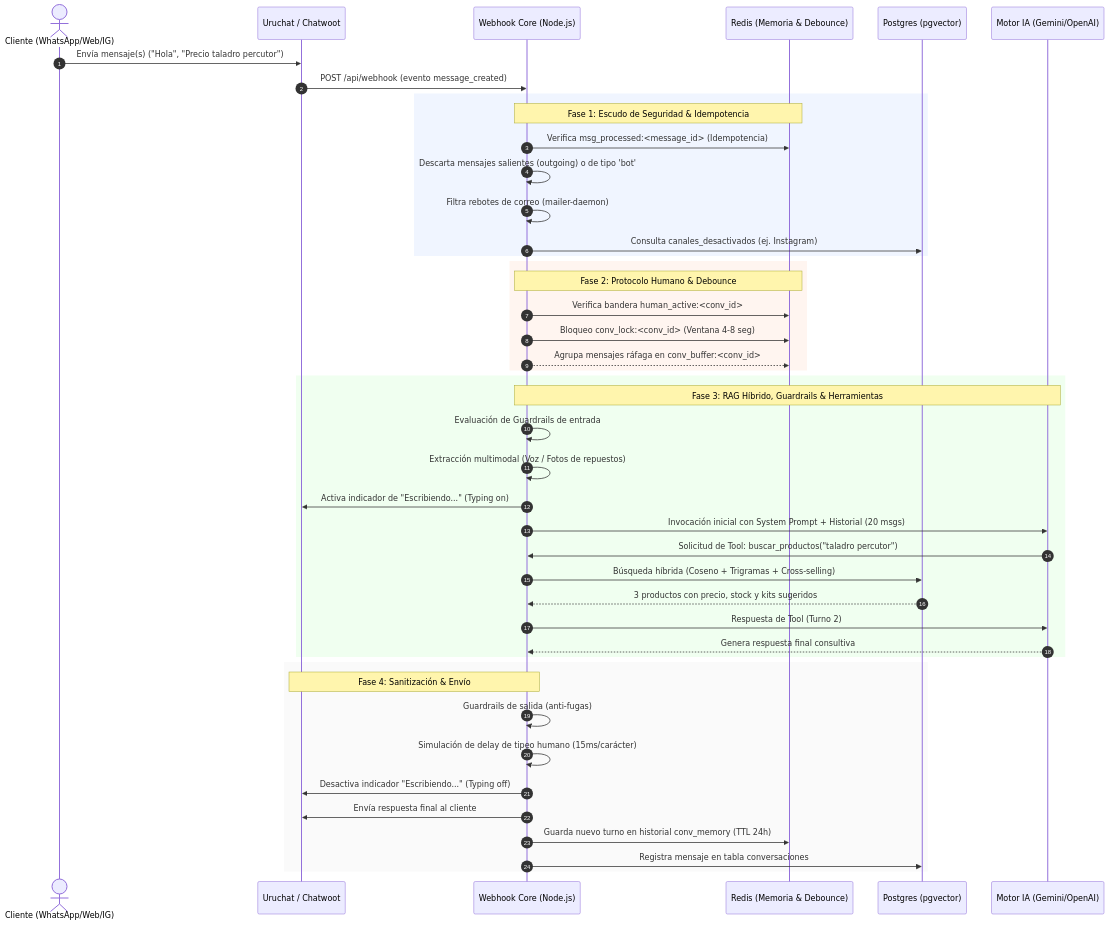
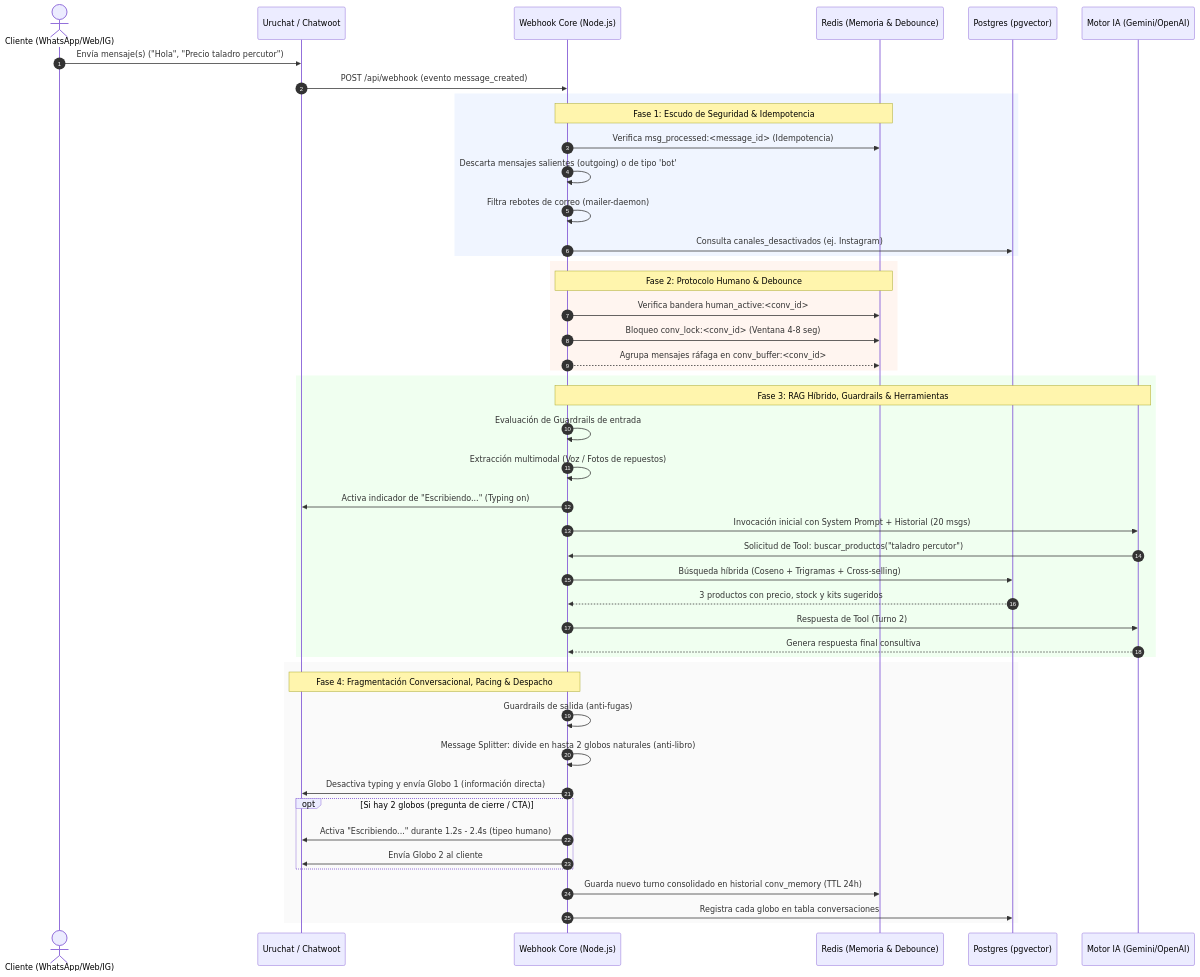
One commit to barta4/kroserbot changed the second of 6 diagrams in MANUAL_DE_FUNCIONAMIENTO.md. Above: the diagram before and after it, drawn with Mermaid. The commit also changed other lines of this file, not shown here.

Commit message:
docs: actualizar manual de funcionamiento con detalles de fragmentacion y tipeo v2.1.9

````diff
--- a/MANUAL_DE_FUNCIONAMIENTO.md
+++ b/MANUAL_DE_FUNCIONAMIENTO.md
@@ -236,51 +236,54 @@
 ```mermaid
 sequenceDiagram
     autonumber
     actor Cliente as Cliente (WhatsApp/Web/IG)
     participant CW as Uruchat / Chatwoot
     participant WH as Webhook Core (Node.js)
     participant Redis as Redis (Memoria & Debounce)
     participant DB as Postgres (pgvector)
     participant LLM as Motor IA (Gemini/OpenAI)
 
     Cliente->>CW: Envía mensaje(s) ("Hola", "Precio taladro percutor")
     CW->>WH: POST /api/webhook (evento message_created)
     
     rect rgb(240, 245, 255)
     Note over WH,Redis: Fase 1: Escudo de Seguridad & Idempotencia
     WH->>Redis: Verifica msg_processed:<message_id> (Idempotencia)
     WH->>WH: Descarta mensajes salientes (outgoing) o de tipo 'bot'
     WH->>WH: Filtra rebotes de correo (mailer-daemon)
     WH->>DB: Consulta canales_desactivados (ej. Instagram)
     end
 
     rect rgb(255, 245, 240)
     Note over WH,Redis: Fase 2: Protocolo Humano & Debounce
     WH->>Redis: Verifica bandera human_active:<conv_id>
     WH->>Redis: Bloqueo conv_lock:<conv_id> (Ventana 4-8 seg)
     WH-->>Redis: Agrupa mensajes ráfaga en conv_buffer:<conv_id>
     end
 
     rect rgb(240, 255, 240)
     Note over WH,LLM: Fase 3: RAG Híbrido, Guardrails & Herramientas
     WH->>WH: Evaluación de Guardrails de entrada
     WH->>WH: Extracción multimodal (Voz / Fotos de repuestos)
     WH->>CW: Activa indicador de "Escribiendo..." (Typing on)
     WH->>LLM: Invocación inicial con System Prompt + Historial (20 msgs)
     LLM->>WH: Solicitud de Tool: buscar_productos("taladro percutor")
     WH->>DB: Búsqueda híbrida (Coseno + Trigramas + Cross-selling)
     DB-->>WH: 3 productos con precio, stock y kits sugeridos
     WH->>LLM: Respuesta de Tool (Turno 2)
     LLM-->>WH: Genera respuesta final consultiva
     end
 
     rect rgb(250, 250, 250)
-    Note over WH,CW: Fase 4: Sanitización & Envío
+    Note over WH,CW: Fase 4: Fragmentación Conversacional, Pacing & Despacho
     WH->>WH: Guardrails de salida (anti-fugas)
-    WH->>WH: Simulación de delay de tipeo humano (15ms/carácter)
-    WH->>CW: Desactiva indicador "Escribiendo..." (Typing off)
-    WH->>CW: Envía respuesta final al cliente
-    WH->>Redis: Guarda nuevo turno en historial conv_memory (TTL 24h)
-    WH->>DB: Registra mensaje en tabla conversaciones
+    WH->>WH: Message Splitter: divide en hasta 2 globos naturales (anti-libro)
+    WH->>CW: Desactiva typing y envía Globo 1 (información directa)
+    opt Si hay 2 globos (pregunta de cierre / CTA)
+        WH->>CW: Activa "Escribiendo..." durante 1.2s - 2.4s (tipeo humano)
+        WH->>CW: Envía Globo 2 al cliente
+    end
+    WH->>Redis: Guarda nuevo turno consolidado en historial conv_memory (TTL 24h)
+    WH->>DB: Registra cada globo en tabla conversaciones
     end
 ```
````
